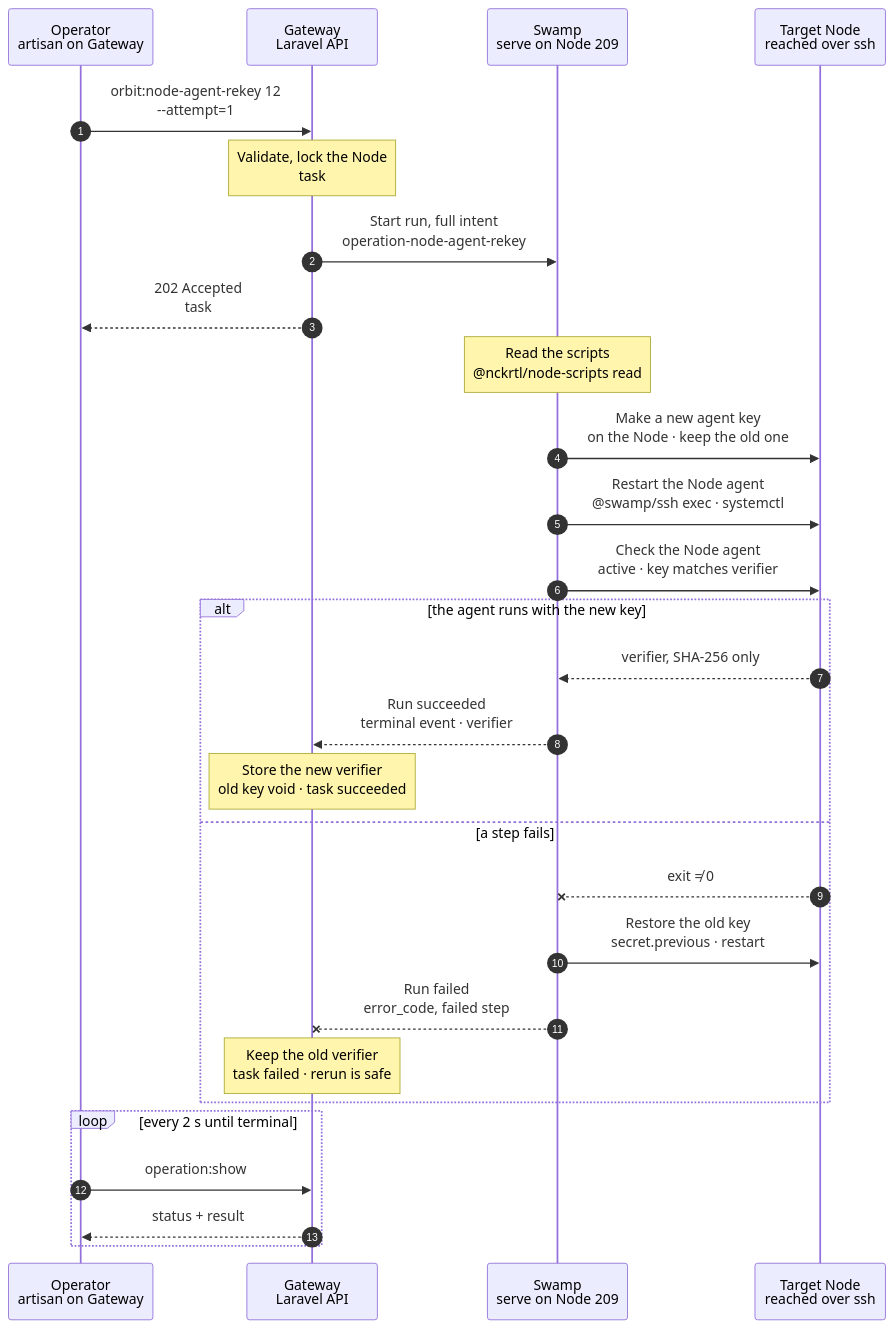
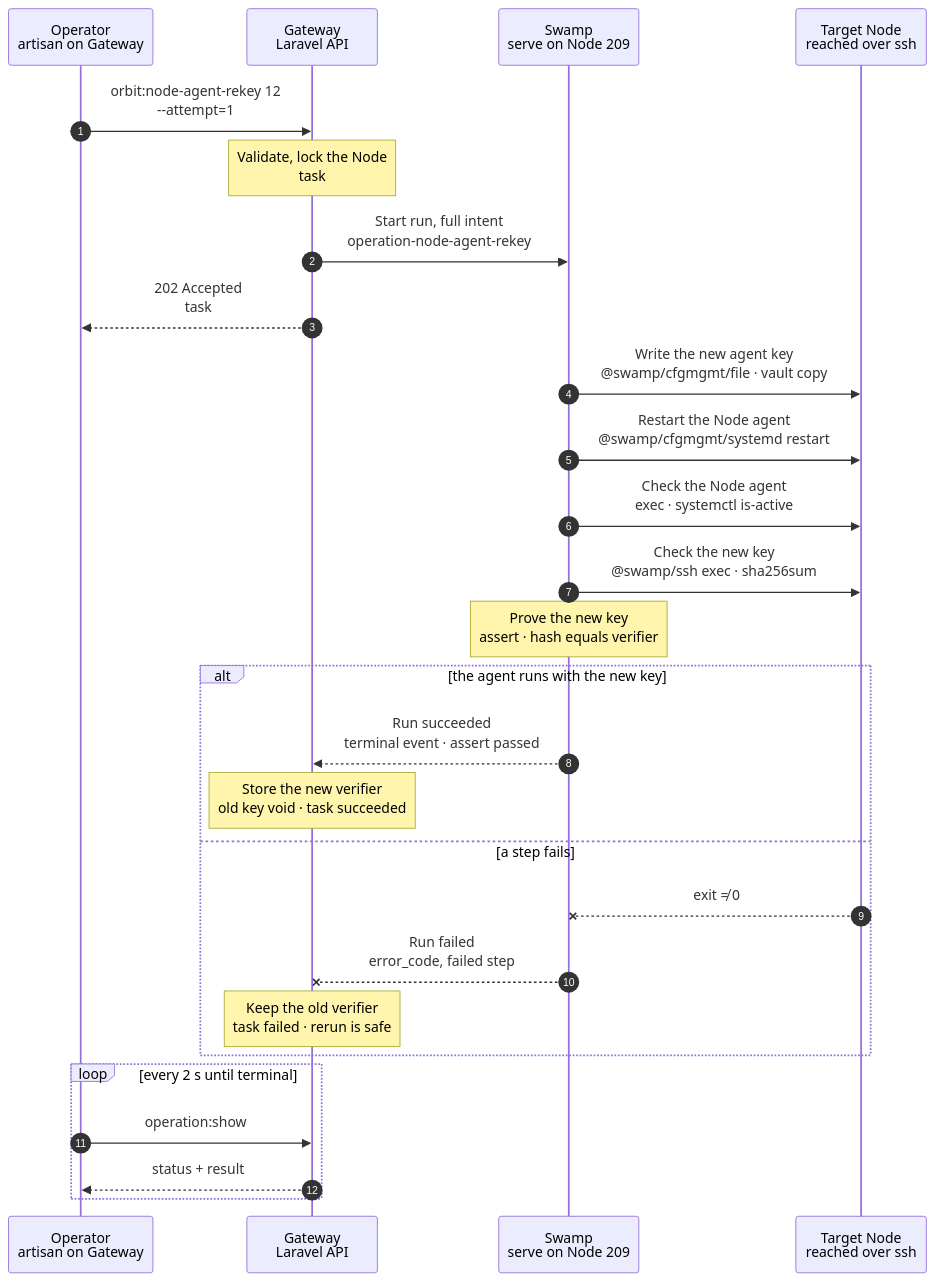
One commit to hardimpactdev/orbit changed the diagram in docs/cli/node/agent-rekey.mmd. Above: the diagram before and after it, drawn with Mermaid. The commit also changed 16 other files, not shown here.

First line of the commit message:
refactor(nodes): node.agent_rekey writes a Gateway key through one vault copy with cfgmgmt (Q-SECRET)

```diff
--- a/docs/cli/node/agent-rekey.mmd
+++ b/docs/cli/node/agent-rekey.mmd
@@ -1,108 +1,110 @@
 sequenceDiagram
-  %% Target design: ADR 0244 task, DECISIONS R2-R4, agent-observer-swamp-acts; the new key is made on the Node and never leaves it. docs/reference/node-agent.md#agent-secret.
+  %% Target design: ADR 0244 task, DECISIONS R2-R4, agent-observer-swamp-acts; the Gateway makes the key and passes it to the Node through one vault copy (Q-SECRET). docs/reference/node-agent.md#agent-secret.
   %% status: draft
   %% command: orbit:node-agent-rekey
   %% kind: node.agent_rekey
   autonumber
   %% lane OP icon=terminal pill=caller tone=gray
   %% lane GW icon=gateway pill=intent tone=blue
   %% lane SW icon=workflow pill=executes tone=green
   %% lane N icon=server pill=target tone=amber
   participant OP as Operator<br/>artisan on Gateway
   participant GW as Gateway<br/>Laravel API
   participant SW as Swamp<br/>serve on Node 209
   participant N as Target Node<br/>reached over ssh
   OP->>GW: orbit:node-agent-rekey 12<br/>--attempt=1
   %%> Command:
   %%> - `php artisan orbit:node-agent-rekey 12 --attempt=1`
   %%> - syntax: `<node> [--attempt=N]`
   %%> Input:
   %%> - the Node id
   %%> - `--attempt` numbers the request; the same number returns the same task, a higher number asks for a new key again
   %%> When:
   %%> - the Gateway refuses the Node agent's reports because its key is missing or doesn't match the recorded verifier
   %%> - `node:converge` failed because the Node agent's key doesn't match
   %%> - a planned key rotation
   %%> Who can call it:
   %%> - an operator on the Gateway host; there is no `orbit` CLI or MCP command
   Note over GW: Validate, lock the Node<br/>task #5134 · Node 12
   %%> Requirements:
   %%> - Node 12 is an active, managed Linux Node with stored SSH host keys
   %%> - no converge or rekey runs for Node 12; both use the same lock per Node
+  %%> What it does:
+  %%> - makes 32 random bytes as 64 hex characters, the new key
+  %%> - writes the key to one vault copy, `node-agent-rekey-12-1`
   %%> Result:
-  %%> - task #5134 recorded with the full intent; no key or verifier in it
+  %%> - task #5134 recorded with the full intent and the new key's SHA-256 verifier; never the key
   %%> - the old verifier stays valid; nothing has happened on the Node yet
   GW->>SW: Start run, full intent<br/>operation-node-agent-rekey
   %%> What it does:
   %%> - starts one Swamp run on serve (Node 209)
   %%> Inputs:
   %%> - Node 12's address and SSH host keys; the SSH identity comes from the `swamp` role
-  %%> - the key path `/etc/orbit/agent/secret`
+  %%> - the key path `/etc/orbit/agent/secret` and the new verifier
+  %%> - the vault copy's name, not its value
   GW-->>OP: 202 Accepted<br/>task #5134
   %%> What you get:
   %%> - the task number, at once
   %%> Next:
   %%> - follow the task with `orbit operation:show`
-  Note over SW: Read the scripts<br/>@nckrtl/node-scripts read
+  SW->>N: Write the new agent key<br/>@swamp/cfgmgmt/file · vault copy
   %%> What it does:
-  %%> - reads the shipped `agent_key.py` script on 209
-  SW->>N: Make a new agent key<br/>on the Node · keep the old one
-  %%> What it does:
-  %%> - creates 32 random bytes on Node 12 and writes them as 64 hex characters to `/etc/orbit/agent/secret`, `root:root`, mode `0600`
-  %%> - keeps the old key as `secret.previous`, for a restore if a later step fails
-  %%> - prints only the SHA-256 verifier of the new key
+  %%> - writes the vault copy to `/etc/orbit/agent/secret`, `root:root`, mode `0600`
   %%> Never:
-  %%> - the key leaves Node 12, enters the task, a log or the vault
+  %%> - the key enters the task, a log or the step's data
   %%> How:
-  %%> - the shipped script through `@swamp/ssh` from 209, with sudo
-  SW->>N: Restart the Node agent<br/>@swamp/ssh exec · systemctl
+  %%> - `@swamp/cfgmgmt/file` from 209, with sudo
+  SW->>N: Restart the Node agent<br/>@swamp/cfgmgmt/systemd restart
   %%> What it does:
   %%> - restarts `orbit-agent.service`
   %%> Why a restart:
   %%> - the agent reads its key only when it starts; a reload can't change it
   %%> Until the Gateway records the verifier:
   %%> - the Gateway refuses reports signed with the new key; the agent retries every few seconds
-  SW->>N: Check the Node agent<br/>active · key matches verifier
+  SW->>N: Check the Node agent<br/>exec · systemctl is-active
   %%> What it does:
-  %%> - checks that `orbit-agent` is active again
-  %%> - checks that the key file's SHA-256 equals the returned verifier
-  %%> - when both pass, removes `secret.previous`; if that removal fails, the file is harmless (`root:root`, mode `0600`) and the next rekey replaces it
+  %%> - fails unless `orbit-agent` is active again
+  SW->>N: Check the new key<br/>@swamp/ssh exec · sha256sum
+  %%> What it does:
+  %%> - reads the SHA-256 of `/etc/orbit/agent/secret`
+  Note over SW: Prove the new key<br/>assert · hash equals verifier
+  %%> What it does:
+  %%> - asserts that the key file's SHA-256 equals the recorded verifier
+  %%> - this is the terminal result
   alt the agent runs with the new key
-    N-->>SW: verifier, SHA-256 only
-    %%> Returns:
-    %%> - the new key's verifier
-    SW-->>GW: Run succeeded<br/>terminal event · verifier
+    SW-->>GW: Run succeeded<br/>terminal event · assert passed
     %%> How the Gateway learns it:
     %%> - its shared run reader sees the terminal event; Swamp never calls the Gateway
     Note over GW: Store the new verifier<br/>old key void · task succeeded
+    %%> What it does:
+    %%> - stores the verifier from the intent and deletes the vault copy
     %%> Result:
     %%> - Node 12's recorded verifier is the new one; the old key no longer works
     %%> - the Node agent's next report is accepted again
     %%> - task #5134 succeeds
   else a step fails
     N--xSW: exit ≠ 0
     %%> When:
-    %%> - the key can't be written, or the agent doesn't come back up
-    SW->>N: Restore the old key<br/>secret.previous · restart
-    %%> What it does:
-    %%> - puts the old key back and restarts the agent, so it matches the verifier the Gateway still has
-    %%> Why a rollback here:
-    %%> - otherwise the Node agent stays locked out until a rerun
+    %%> - the key can't be written, the agent doesn't come back up, or the hash differs
+    %%> No rollback:
+    %%> - the Node may hold the new key while the Gateway keeps the old verifier; the agent stays locked out until a rerun
     SW--xGW: Run failed<br/>error_code, failed step
     %%> The Gateway reads:
     %%> - which step failed and its error code
     Note over GW: Keep the old verifier<br/>task failed · rerun is safe
+    %%> What it does:
+    %%> - deletes the vault copy
     %%> Result:
     %%> - Node 12's verifier stays unchanged
     %%> - task #5134 fails
     %%> Retry:
     %%> - run the command again with `--attempt=2` after fixing the cause; it makes a fresh key
   end
   loop every 2 s until terminal
     OP->>GW: operation:show #5134
     %%> What it does:
     %%> - asks for the task's status every 2 seconds until it has ended
     GW-->>OP: status + result
     %%> Returns:
     %%> - the current status, and the result once the task has ended
   end
```
